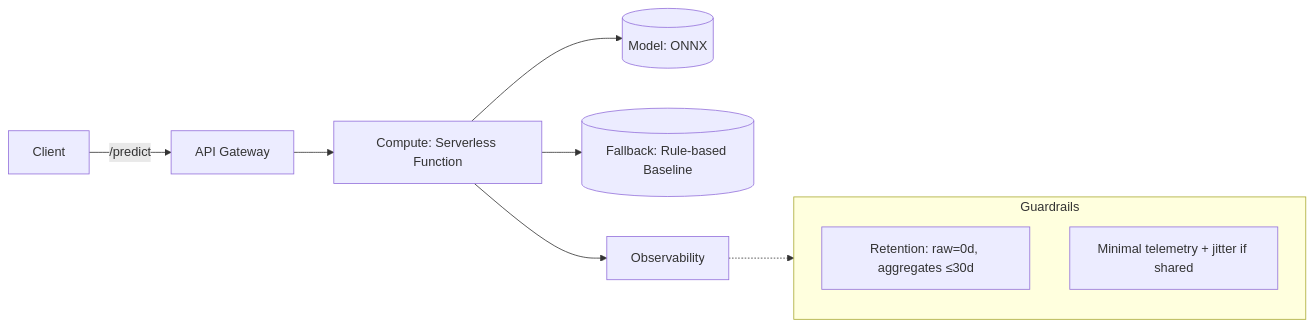
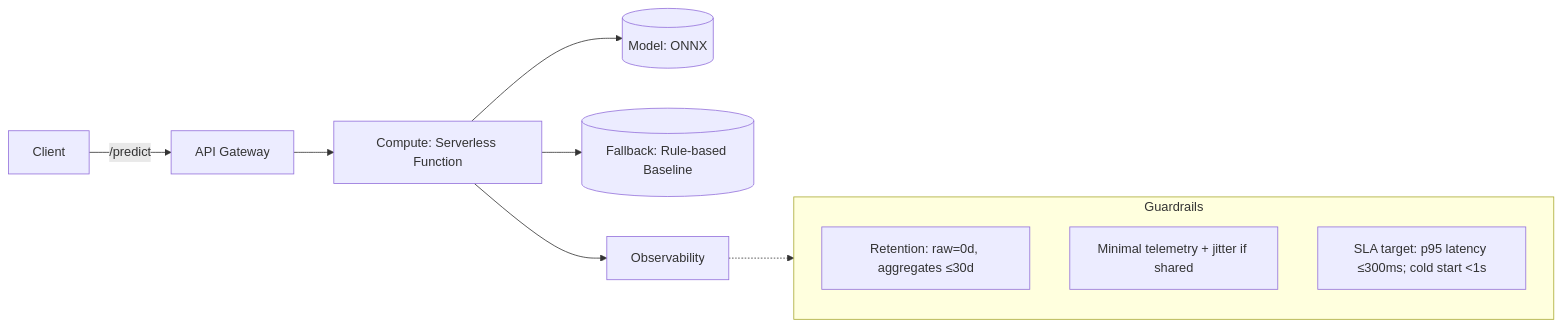
One commit to Ina-nk-lee/productivity-proxy-prediction-API changed the diagram in README.md. Above: the diagram before and after it, drawn with Mermaid. The commit also changed other lines of this file and 3 other files, not shown here.

````diff
--- a/README.md
+++ b/README.md
@@ -260,15 +204,16 @@
 ```mermaid
 flowchart LR
   A[Client] -->|/predict| B[API Gateway]
   B --> C[Compute: Serverless Function]
   C --> D[(Model: ONNX)]
   C --> E[(Fallback: Rule-based Baseline)]
   C --> F[Observability]
 
   subgraph Guardrails
     G[Retention: raw=0d, aggregates ≤30d]
     H[Minimal telemetry + jitter if shared]
+    I[SLA target: p95 latency ≤300ms; cold start <1s]
   end
 
   F -.-> Guardrails
 ```
````
